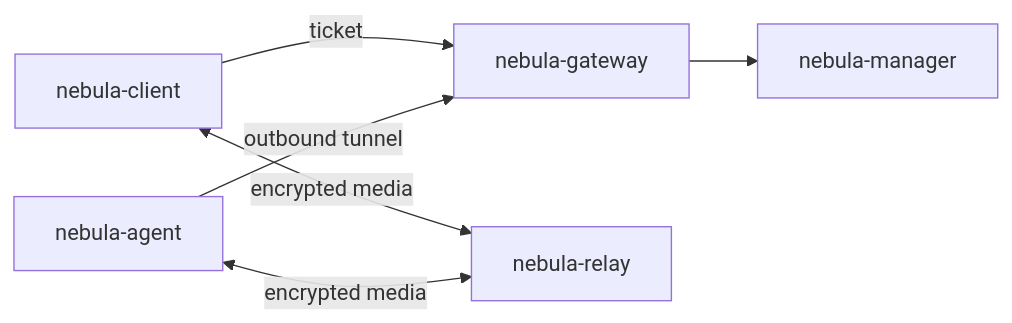
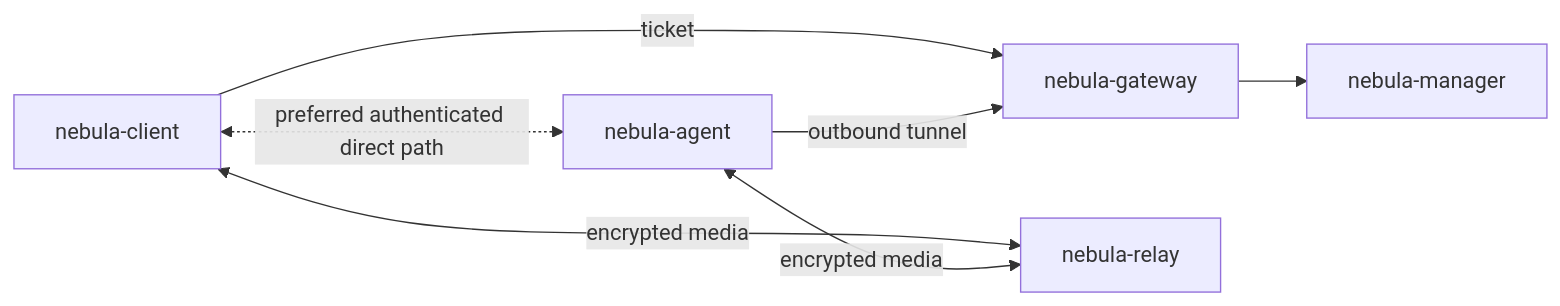
Before and after one commit to zongyangbigpolo/NebulaDesk: the diagram in README.md, drawn with Mermaid. The commit also changed other lines of this file and 22 other files, not shown here.

First line of the commit message:
Prefer authenticated direct QUIC with reliable relay failover

````diff
--- a/README.md
+++ b/README.md
@@ -21,8 +21,9 @@
 ```mermaid
 flowchart LR
     C[nebula-client] -->|ticket| G[nebula-gateway]
     A[nebula-agent] -->|outbound tunnel| G
     G --> M[nebula-manager]
     C <-->|encrypted media| R[nebula-relay]
     A <-->|encrypted media| R
+    C <-.->|preferred authenticated direct path| A
 ```
````
